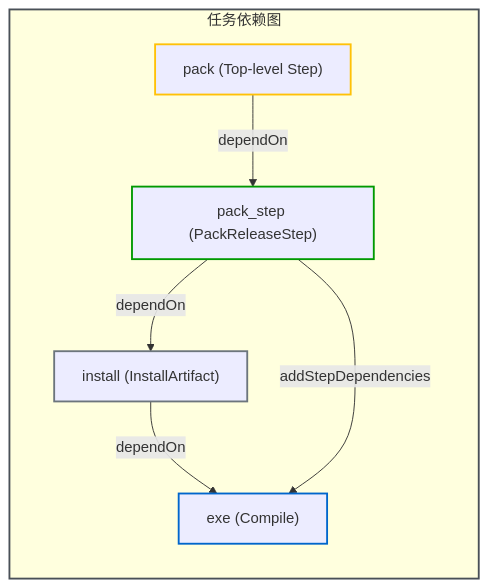
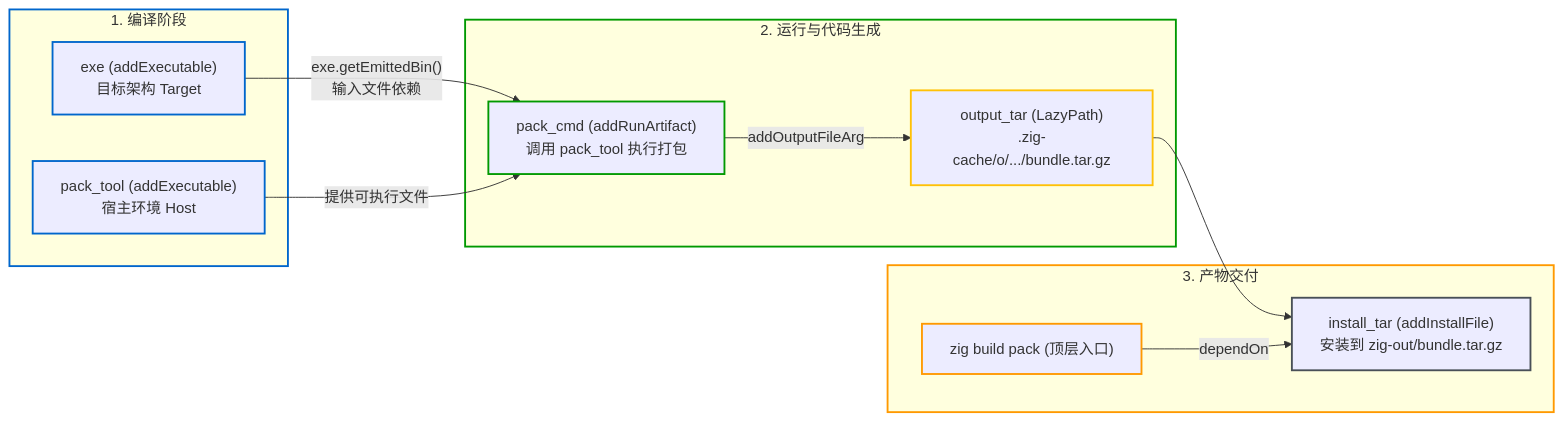
The second of 2 diagrams in zig-build/src/api/custom-steps.md (jiacai2050/x), drawn with Mermaid before and after one commit. The commit also changed other lines of this file and 31 other files, not shown here.

Commit message:
zig-build upgrade to 0.17

````diff
--- a/zig-build/src/api/custom-steps.md
+++ b/zig-build/src/api/custom-steps.md
@@ -196,20 +191,33 @@
 ```mermaid
 flowchart LR
-    subgraph S_DAG ["任务依赖图"]
-        Exe["exe (Compile)"]
-        Install["install (InstallArtifact)"]
-        Pack["pack_step (PackReleaseStep)"]
-        TopPack["pack (Top-level Step)"]
-
-        Install -- "dependOn" --> Exe
-        Pack -- "addStepDependencies" --> Exe
-        Pack -- "dependOn" --> Install
-        TopPack -- "dependOn" --> Pack
+    subgraph CompilePhase ["1. 编译阶段"]
+        S_Exe["exe (addExecutable)<br/>目标架构 Target"]
+        S_Tool["pack_tool (addExecutable)<br/>宿主环境 Host"]
     end
 
-    style S_DAG stroke:#495057,stroke-width:2px;
-    style Exe stroke:#0066cc,stroke-width:2px;
-    style Install stroke:#6c757d,stroke-width:2px;
-    style Pack stroke:#009900,stroke-width:2px;
-    style TopPack stroke:#ffc107,stroke-width:2px;
+    subgraph RunPhase ["2. 运行与代码生成"]
+        S_RunPack["pack_cmd (addRunArtifact)<br/>调用 pack_tool 执行打包"]
+        LP_Out["output_tar (LazyPath)<br/>.zig-cache/o/.../bundle.tar.gz"]
+    end
+
+    subgraph InstallPhase ["3. 产物交付"]
+        S_Inst["install_tar (addInstallFile)<br/>安装到 zig-out/bundle.tar.gz"]
+        TopPack["zig build pack (顶层入口)"]
+    end
+
+    S_Exe -- "exe.getEmittedBin()<br/>输入文件依赖" --> S_RunPack
+    S_Tool -- "提供可执行文件" --> S_RunPack
+    S_RunPack -- "addOutputFileArg" --> LP_Out
+    LP_Out --> S_Inst
+    TopPack -- "dependOn" --> S_Inst
+
+    style CompilePhase stroke:#0066cc,stroke-width:2px;
+    style RunPhase stroke:#009900,stroke-width:2px;
+    style InstallPhase stroke:#ff9900,stroke-width:2px;
+    style S_Exe stroke:#0066cc,stroke-width:2px;
+    style S_Tool stroke:#0066cc,stroke-width:2px;
+    style S_RunPack stroke:#009900,stroke-width:2px;
+    style LP_Out stroke:#ffc107,stroke-width:2px;
+    style S_Inst stroke:#495057,stroke-width:2px;
+    style TopPack stroke:#ff9900,stroke-width:2px;
 ```
````
